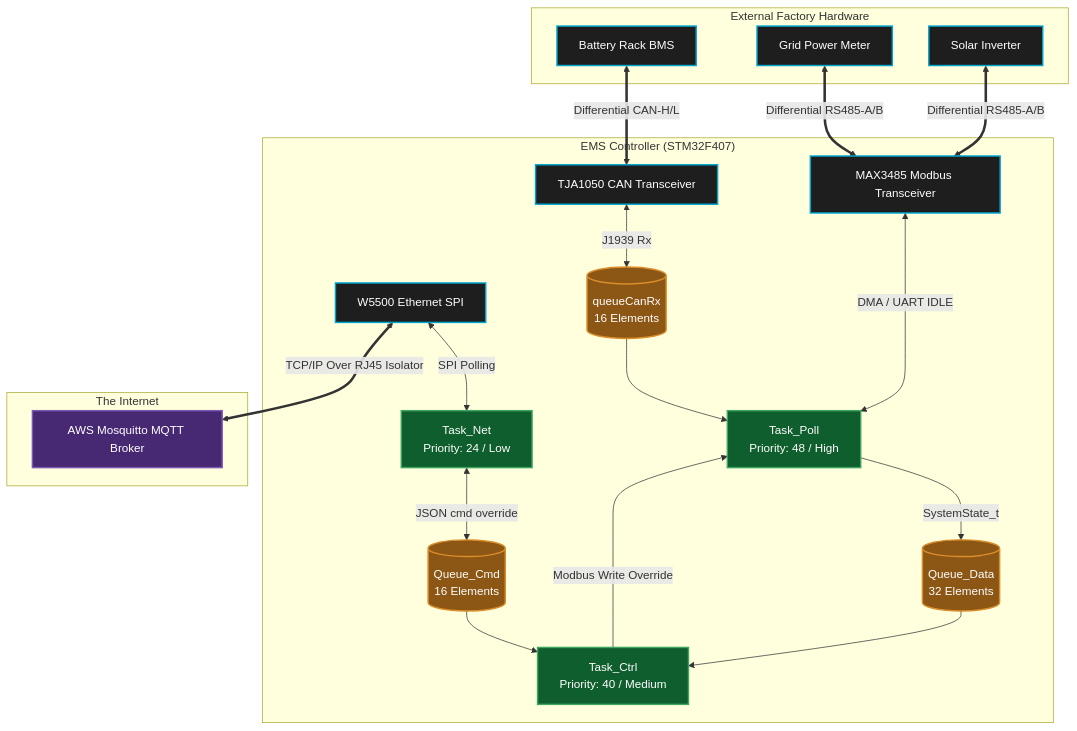
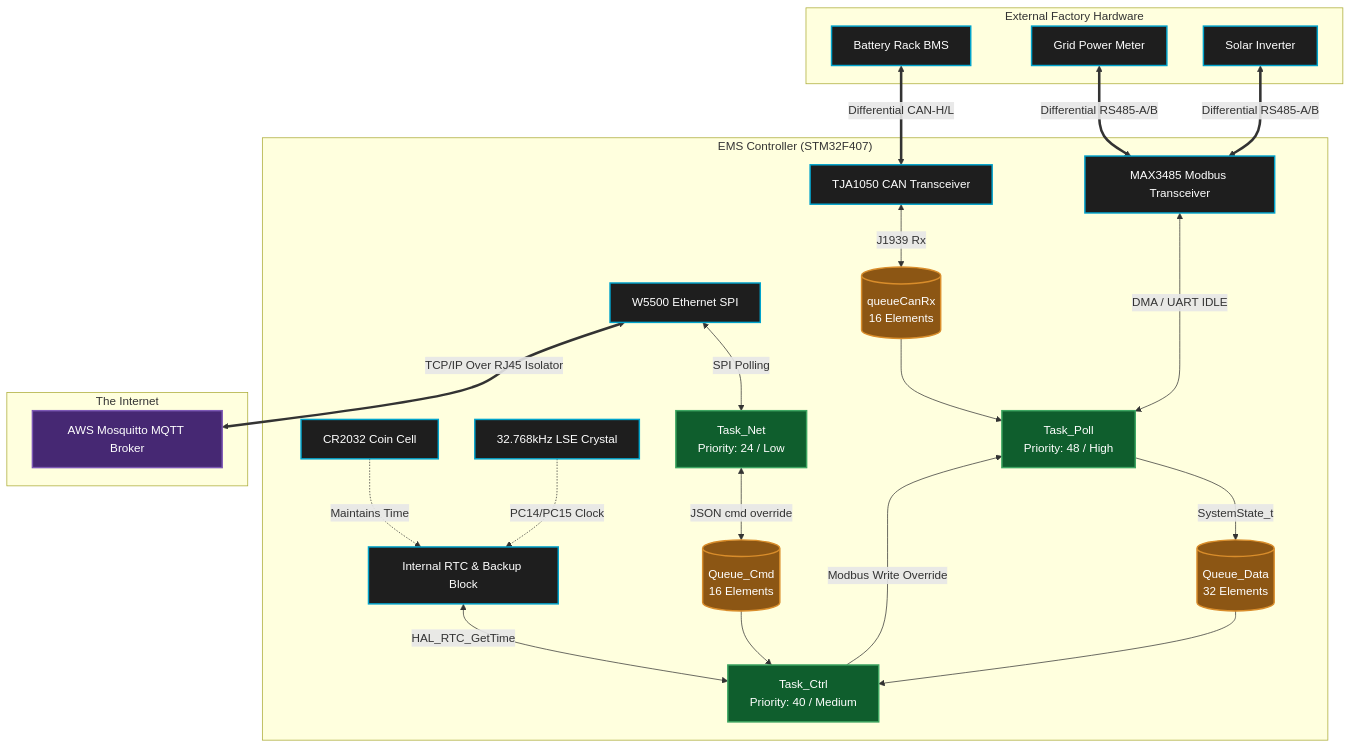
The seventh of 8 diagrams in developer_guide.md (saheerskt/ems-mini-rtos), drawn with Mermaid before and after one commit. The commit also changed other lines of this file and 2 other files, not shown here.

````diff
--- a/developer_guide.md
+++ b/developer_guide.md
@@ -1791,49 +1792,56 @@
 ```mermaid
 graph TD
     classDef hardware fill:#1e1e1e,stroke:#00a3cc,stroke-width:2px,color:#fff;
     classDef rtos fill:#0f5e2d,stroke:#3ea662,stroke-width:2px,color:#fff;
     classDef queue fill:#8c5614,stroke:#d98d2b,stroke-width:2px,color:#fff,shape:cylinder;
     classDef cloud fill:#462873,stroke:#7d59b5,stroke-width:2px,color:#fff,shape:cloud;
 
     subgraph "External Factory Hardware"
         BATT[Battery Rack BMS]:::hardware
         METER[Grid Power Meter]:::hardware
         INV[Solar Inverter]:::hardware
     end
 
     subgraph "EMS Controller (STM32F407)"
         CAN[TJA1050 CAN Transceiver]:::hardware
         RS485[MAX3485 Modbus Transceiver]:::hardware
         ETH[W5500 Ethernet SPI]:::hardware
+        RTC_HW[Internal RTC & Backup Block]:::hardware
+        VBAT[CR2032 Coin Cell]:::hardware
+        XTAL[32.768kHz LSE Crystal]:::hardware
         
         TP[Task_Poll<br>Priority: 48 / High]:::rtos
         TC[Task_Ctrl<br>Priority: 40 / Medium]:::rtos
         TN[Task_Net<br>Priority: 24 / Low]:::rtos
         
         QDATA[(Queue_Data<br>32 Elements)]:::queue
         QCMD[(Queue_Cmd<br>16 Elements)]:::queue
         QCAN[(queueCanRx<br>16 Elements)]:::queue
 
         CAN <-->|J1939 Rx| QCAN
         QCAN --> TP
         RS485 <-->|DMA / UART IDLE| TP
         
         TP -->|SystemState_t| QDATA
         QDATA --> TC
         
         ETH <-->|SPI Polling| TN
         TN <-->|JSON cmd override| QCMD
         QCMD --> TC
 
         TC -->|Modbus Write Override| TP
+        
+        VBAT -.->|Maintains Time| RTC_HW
+        XTAL -.->|PC14/PC15 Clock| RTC_HW
+        RTC_HW <-->|HAL_RTC_GetTime| TC
     end
 
     subgraph "The Internet"
         AWS[AWS Mosquitto MQTT Broker]:::cloud
     end
 
     BATT <==>|Differential CAN-H/L| CAN
     METER <==>|Differential RS485-A/B| RS485
     INV <==>|Differential RS485-A/B| RS485
     ETH <==>|TCP/IP Over RJ45 Isolator| AWS
 ```
````
